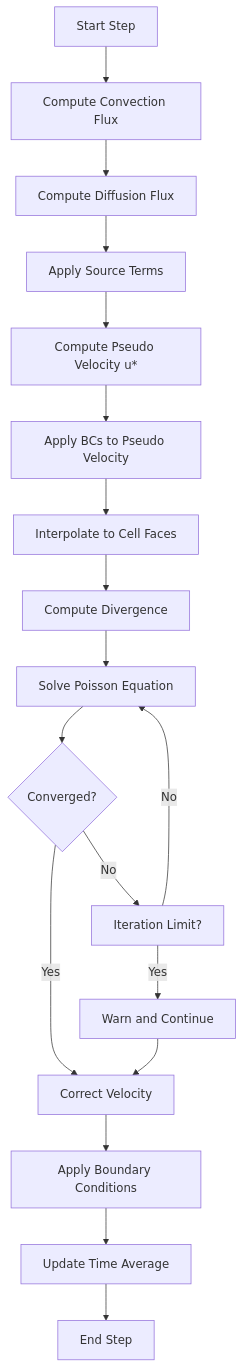
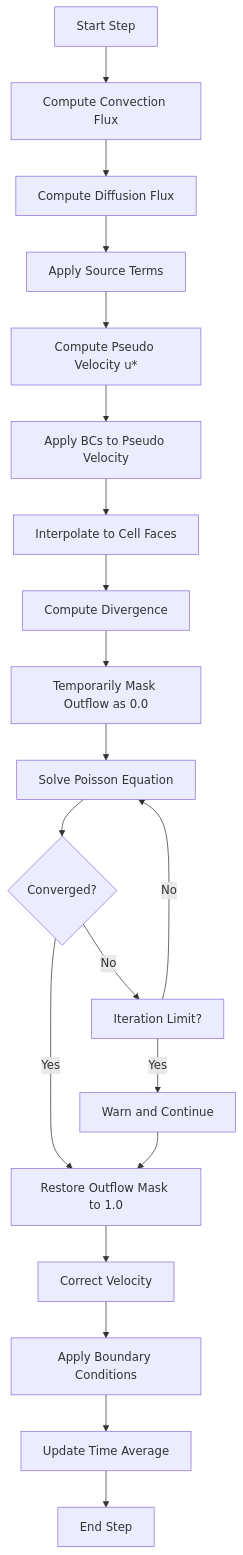
One commit to kenoogl/CleanRoom changed the third of 4 diagrams in .kiro/specs/cleanroom-simulator/design.md. Above: the diagram before and after it, drawn with Mermaid. The commit also changed other lines of this file and 17 other files, not shown here.

````diff
--- a/.kiro/specs/cleanroom-simulator/design.md
+++ b/.kiro/specs/cleanroom-simulator/design.md
@@ -180,20 +180,22 @@
 ```mermaid
 flowchart TB
     A[Start Step] --> B[Compute Convection Flux]
     B --> C[Compute Diffusion Flux]
     C --> D[Apply Source Terms]
     D --> E[Compute Pseudo Velocity u*]
     E --> E2[Apply BCs to Pseudo Velocity]
     E2 --> F[Interpolate to Cell Faces]
     F --> G[Compute Divergence]
-    G --> H[Solve Poisson Equation]
+    G --> H_mask[Temporarily Mask Outflow as 0.0]
+    H_mask --> H[Solve Poisson Equation]
     H --> I{Converged?}
-    I -->|Yes| J[Correct Velocity]
+    I -->|Yes| J_unmask[Restore Outflow Mask to 1.0]
+    J_unmask --> J[Correct Velocity]
     I -->|No| K[Iteration Limit?]
     K -->|No| H
     K -->|Yes| L[Warn and Continue]
-    L --> J
+    L --> J_unmask
     J --> M[Apply Boundary Conditions]
     M --> N[Update Time Average]
     N --> O[End Step]
 ```
````
